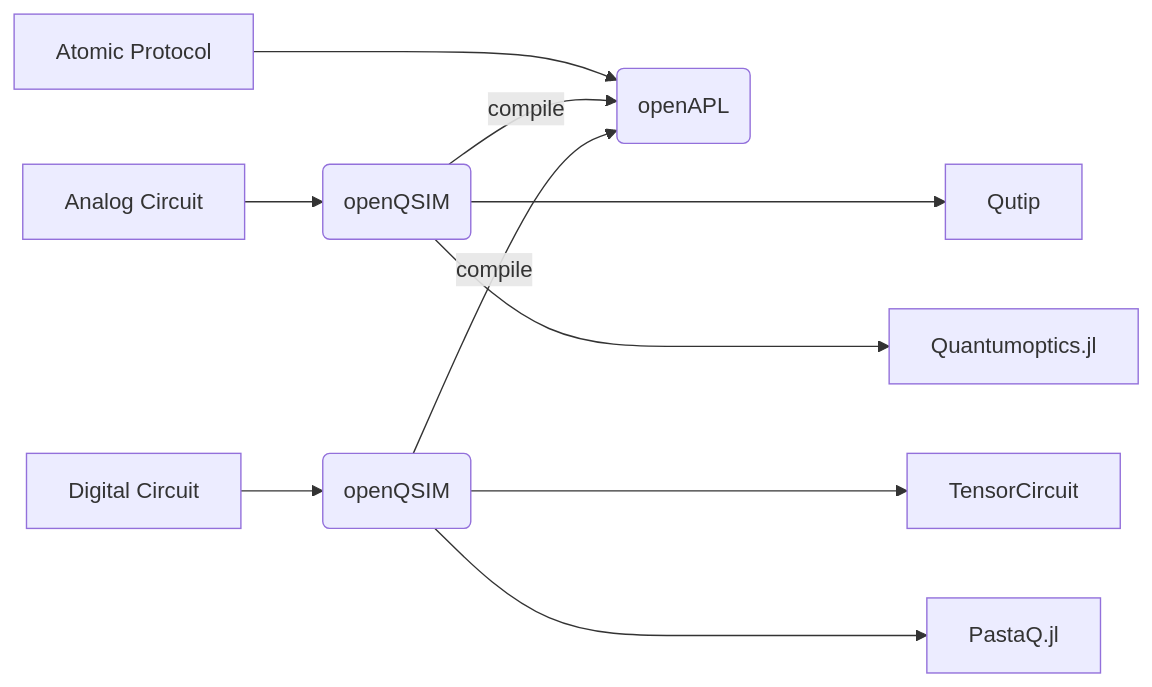
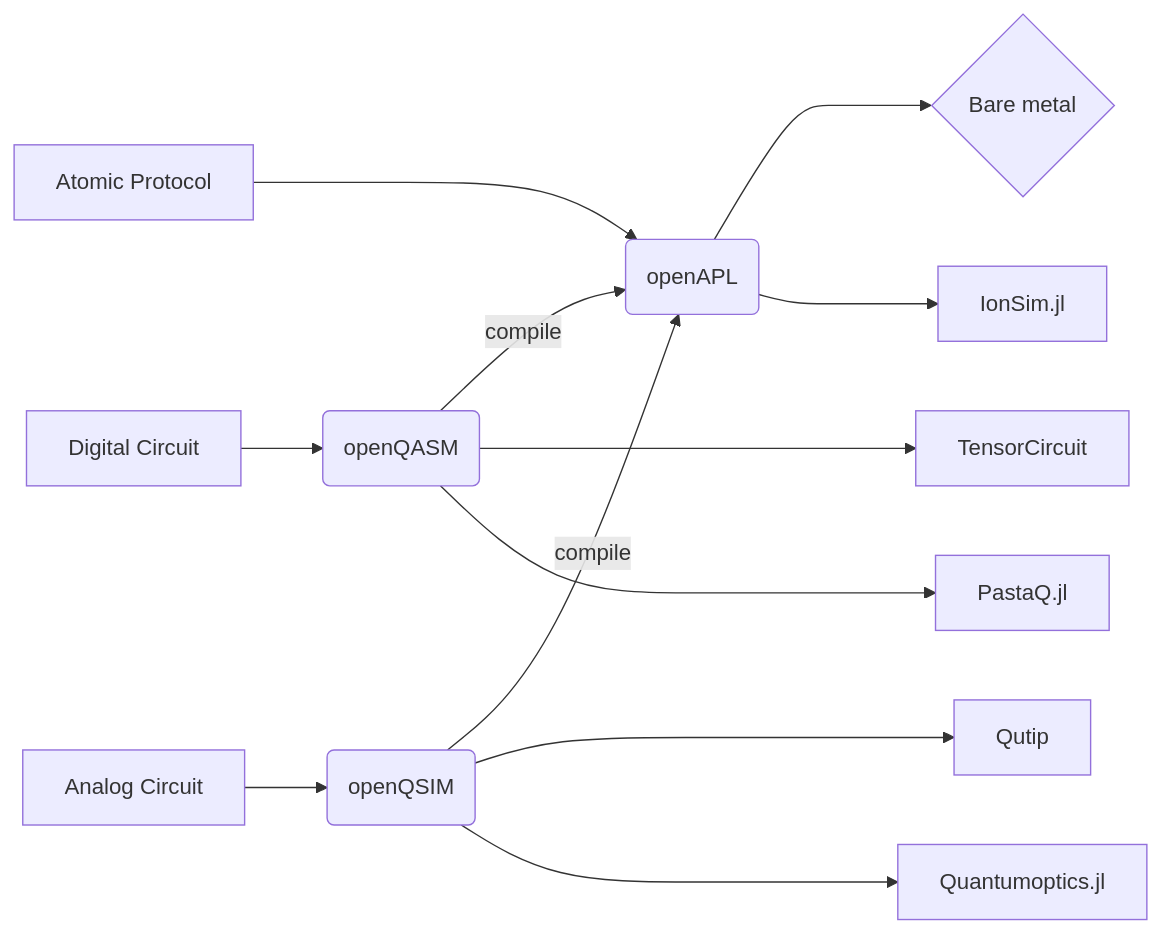
The diagram in docs/index.md (SeivenBell/oqd-core), drawn with Mermaid before and after one commit. The commit also changed other lines of this file and 7 other files, not shown here.

````diff
--- a/docs/index.md
+++ b/docs/index.md
@@ -15,15 +15,18 @@
 ```mermaid
 flowchart LR
+    Digital[Digital Circuit] --> openQASM(openQASM) 
     Analog[Analog Circuit] --> openQSIM(openQSIM)
-    Digital[Digital Circuit] --> openQASM(openQSIM) 
     Atomic[Atomic Protocol] ---> openAPL(openAPL)
-
+  
     openQSIM --> |compile| openAPL
     openQASM --> |compile| openAPL
 
     openQSIM ----> Qutip
     openQSIM ----> Quantumoptics.jl
 
     openQASM ----> TensorCircuit
     openQASM ----> PastaQ.jl
+    
+    openAPL ---> Hardware{Bare metal}
+    openAPL ---> IonSim.jl
 ```
````
